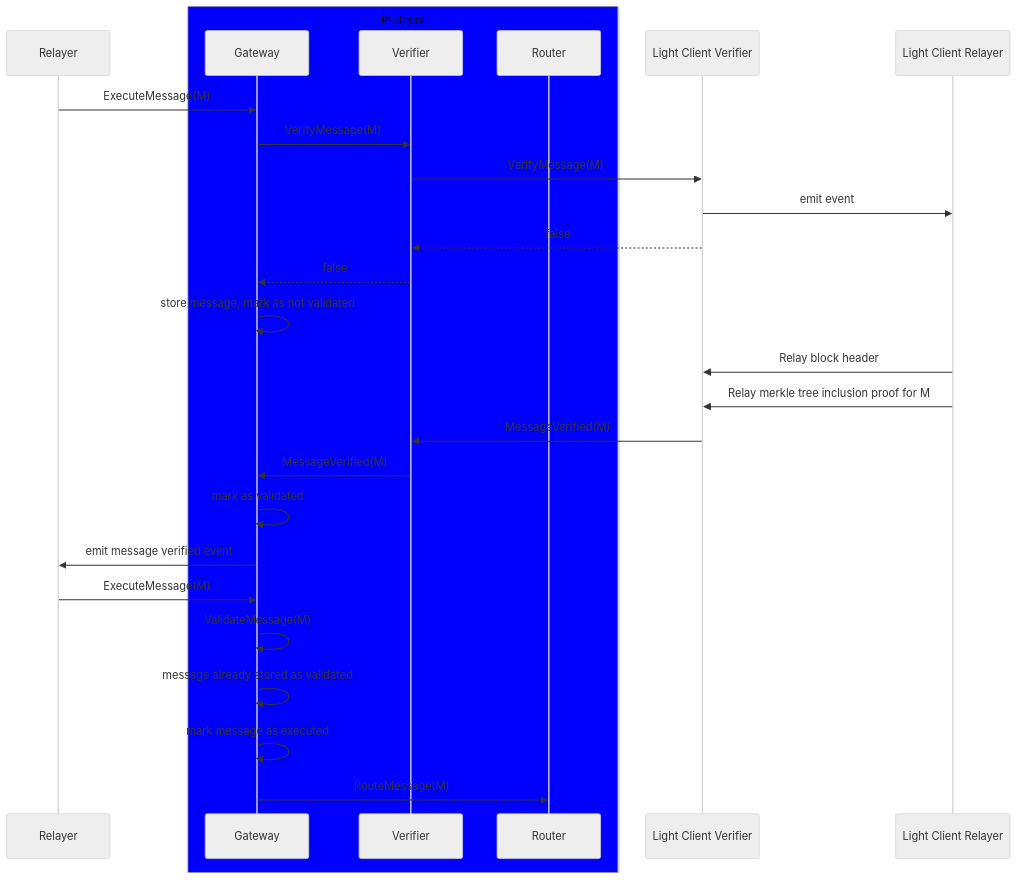
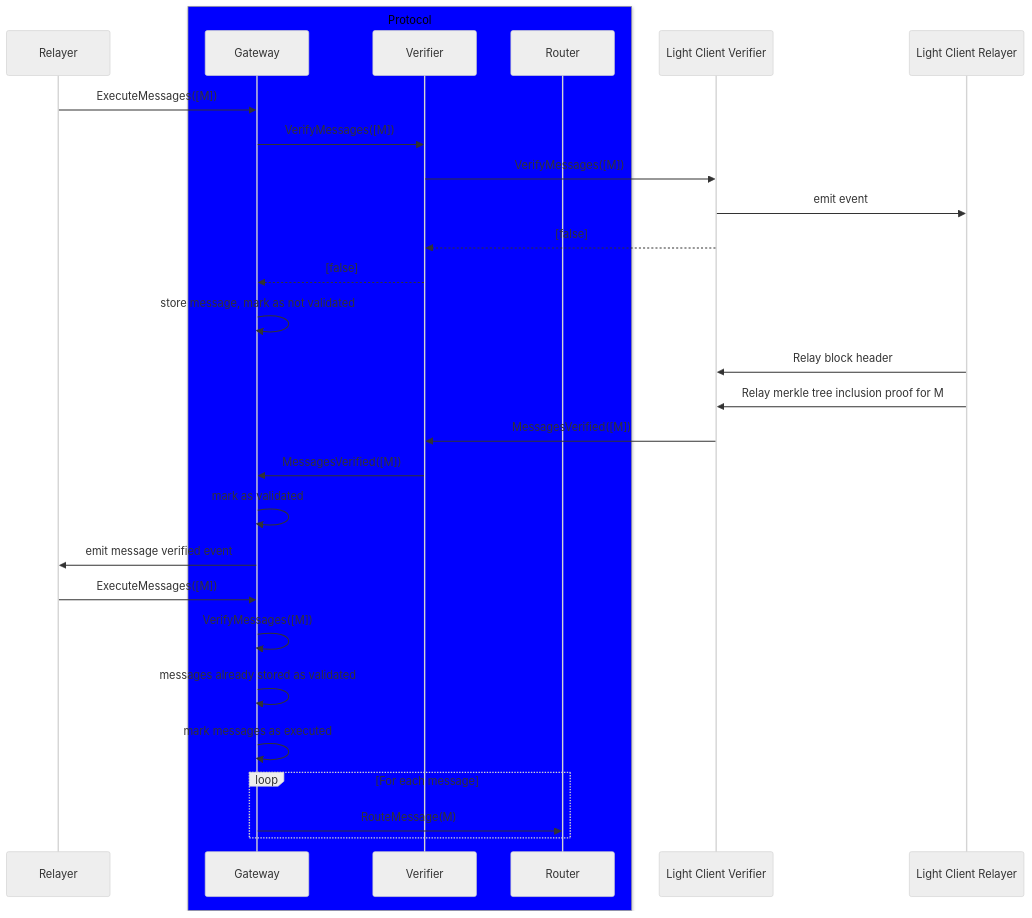
Before and after one commit to axelarnetwork/axelar-amplifier: diagram 11 of 13 in README.md, drawn with Mermaid (neutral theme). The commit also changed other lines of this file, not shown here.

````diff
--- a/README.md
+++ b/README.md
@@ -358,34 +376,36 @@
 ```mermaid
 sequenceDiagram
     participant Relayer
     box Blue Protocol
     participant Gateway
     participant Verifier
     participant Router
     end
     participant Light Client Verifier
     participant Light Client Relayer
 
 
-    Relayer->>Gateway: ExecuteMessage(M)
-    Gateway->>Verifier: VerifyMessage(M)
-    Verifier->>Light Client Verifier: VerifyMessage(M)
+    Relayer->>Gateway: ExecuteMessages([M])
+    Gateway->>Verifier: VerifyMessages([M])
+    Verifier->>Light Client Verifier: VerifyMessages([M])
     Light Client Verifier->>Light Client Relayer: emit event
-    Light Client Verifier-->>Verifier: false
-    Verifier-->>Gateway: false
+    Light Client Verifier-->>Verifier: [false]
+    Verifier-->>Gateway: [false]
     Gateway->>Gateway: store message, mark as not validated
 
     Light Client Relayer->>Light Client Verifier: Relay block header
     Light Client Relayer->>Light Client Verifier: Relay merkle tree inclusion proof for M
 
-    Light Client Verifier->>Verifier: MessageVerified(M)
-    Verifier->>Gateway: MessageVerified(M)
+    Light Client Verifier->>Verifier: MessagesVerified([M])
+    Verifier->>Gateway: MessagesVerified([M])
     Gateway->>Gateway: mark as validated
     Gateway->>Relayer: emit message verified event
 
-    Relayer->>Gateway: ExecuteMessage(M)
-    Gateway->>Gateway: ValidateMessage(M)
-    Gateway->>Gateway: message already stored as validated
-    Gateway->>Gateway: mark message as executed
-    Gateway->>Router: RouteMessage(M)
+    Relayer->>Gateway: ExecuteMessages([M])
+    Gateway->>Gateway: VerifyMessages([M])
+    Gateway->>Gateway: messages already stored as validated
+    Gateway->>Gateway: mark messages as executed
+    loop For each message
+        Gateway->>Router: RouteMessage(M)
+    end
 ```
````
